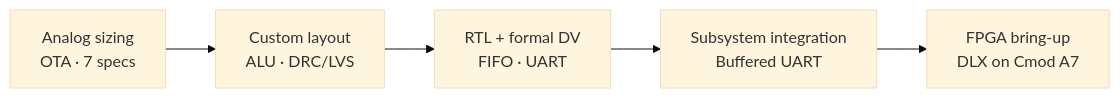
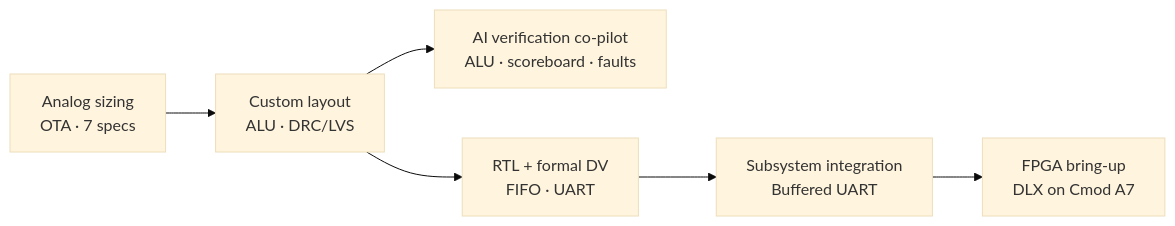
The diagram in README.md (jawadsa02/jawadsa02), drawn with Mermaid (base theme) before and after one commit. The commit also changed other lines of this file, not shown here.

Commit message:
Link ai-verification-copilot across portfolio projects.

````diff
--- a/README.md
+++ b/README.md
@@ -24,7 +24,8 @@
 ```mermaid
 flowchart LR
     A[Analog sizing<br/>OTA · 7 specs] --> B[Custom layout<br/>ALU · DRC/LVS]
+    B --> F[AI verification co-pilot<br/>ALU · scoreboard · faults]
     B --> C[RTL + formal DV<br/>FIFO · UART]
     C --> D[Subsystem integration<br/>Buffered UART]
     D --> E[FPGA bring-up<br/>DLX on Cmod A7]
 ```
````
